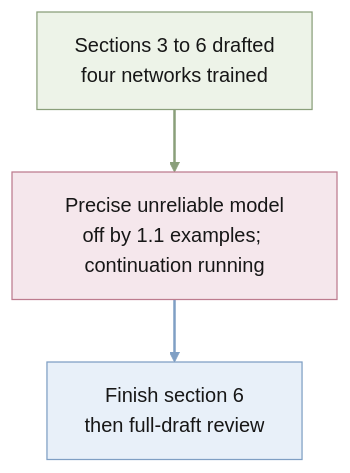
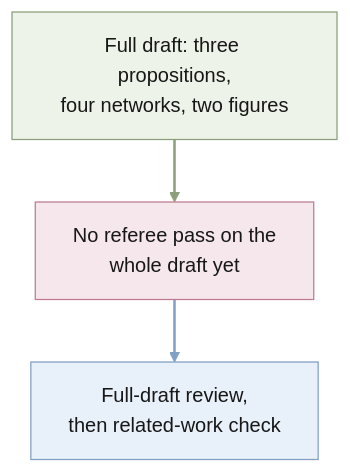
Before and after one commit to quan-possible/description-icl: the diagram in STATUS.md, drawn with Mermaid. The commit also changed other lines of this file and 12 other files, not shown here.

First line of the commit message:
Add Proposition 3: the reliability floor with n examples in hand, with a worth-against-examples figure and test

````diff
--- a/STATUS.md
+++ b/STATUS.md
@@ -5,17 +5,17 @@
 ```mermaid
 %%{init: {"theme":"base","themeVariables":{"fontFamily":"Inter, Clear Sans, Noto Sans, Helvetica Neue, Arial, Noto Sans CJK JP, sans-serif","fontSize":"16px","primaryTextColor":"#171717","lineColor":"#a8a8a8","mainBkg":"#ffffff","clusterBkg":"#ffffff","clusterBorder":"#ffffff","edgeLabelBackground":"#ffffff"},"flowchart":{"htmlLabels":true,"curve":"linear"}}}%%
 flowchart TD
     classDef green fill:#edf3e8,stroke:#8a9f7a,color:#171717,stroke-width:1px
     classDef pink fill:#f5e7ec,stroke:#bd7c8f,color:#171717,stroke-width:1px
     classDef blue fill:#e8f0f9,stroke:#7f9fc4,color:#171717,stroke-width:1px
     classDef edgeGreen stroke:#8a9f7a,color:#8a9f7a,stroke-width:2px
     classDef edgeBlue stroke:#7f9fc4,color:#7f9fc4,stroke-width:2px
 
-    done["Sections 3 to 6 drafted<br/>four networks trained"] e1@--> gap["Precise unreliable model<br/>off by 1.1 examples; continuation running"] e2@--> next["Finish section 6<br/>then full-draft review"]
+    done["Full draft: three propositions,<br/>four networks, two figures"] e1@--> gap["No referee pass on the<br/>whole draft yet"] e2@--> next["Full-draft review,<br/>then related-work check"]
 
     class done green
     class gap pink
     class next blue
     class e1 edgeGreen
     class e2 edgeBlue
 ```
````
